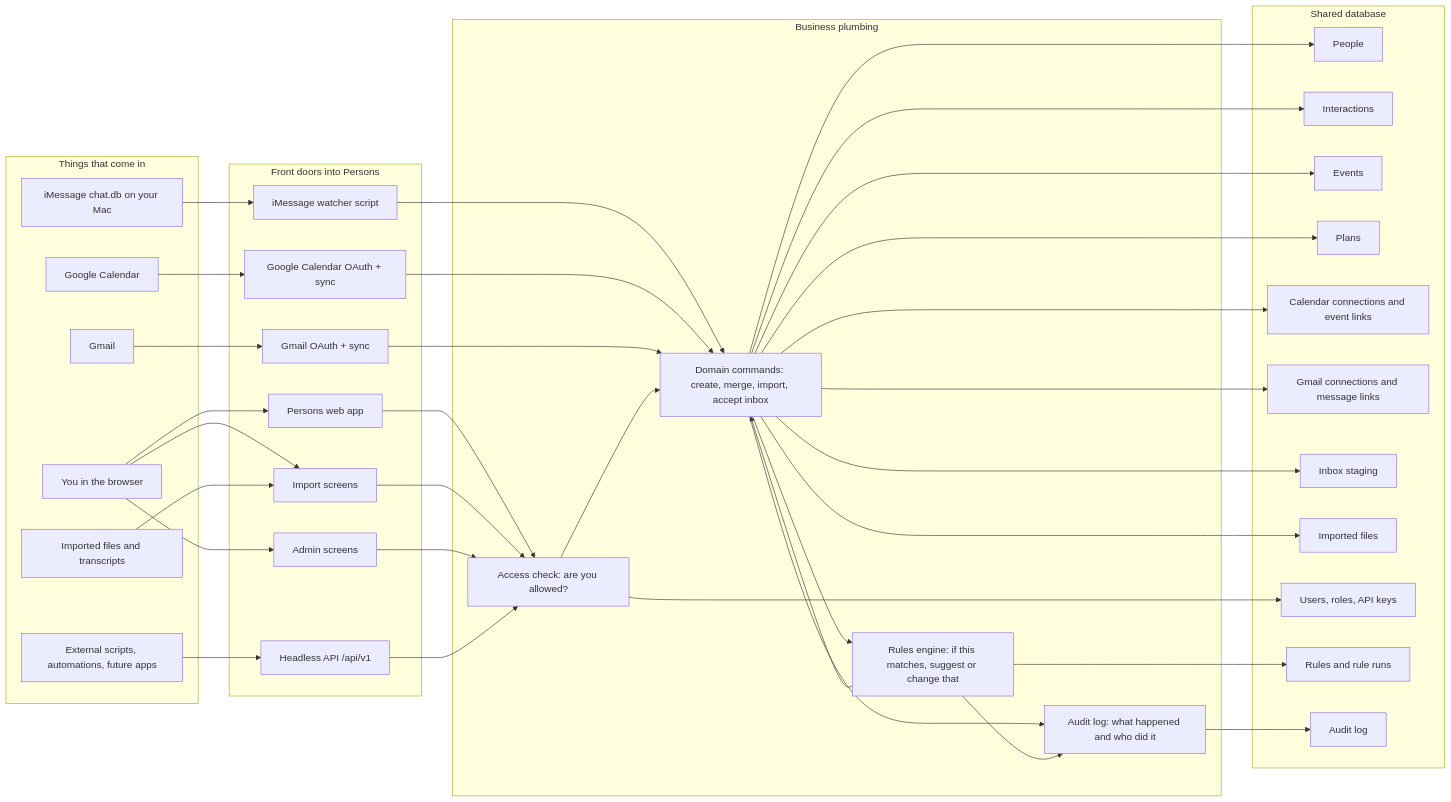
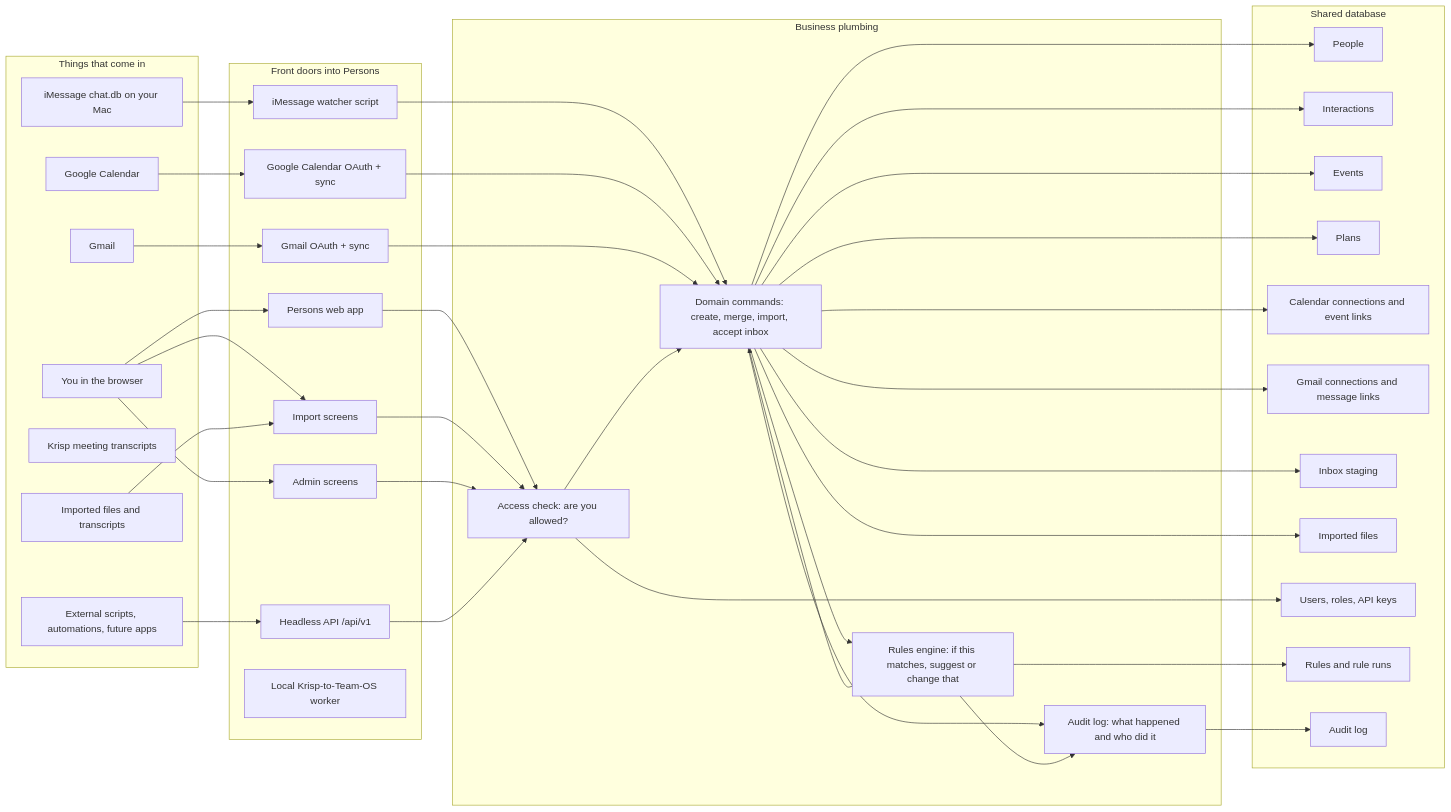
One commit to josephdfryer/life-os changed the first of 19 diagrams in docs/PERSONS_ARCHITECTURE.md. Above: the diagram before and after it, drawn with Mermaid. The commit also changed other lines of this file and 32 other files, not shown here.

````diff
--- a/docs/PERSONS_ARCHITECTURE.md
+++ b/docs/PERSONS_ARCHITECTURE.md
@@ -16,77 +16,79 @@
 ```mermaid
 flowchart LR
   subgraph Inputs["Things that come in"]
     Human["You in the browser"]
     IMessages["iMessage chat.db on your Mac"]
     GoogleCalendar["Google Calendar"]
     Gmail["Gmail"]
+    Krisp["Krisp meeting transcripts"]
     Files["Imported files and transcripts"]
     ExternalTools["External scripts, automations, future apps"]
   end
 
   subgraph FrontDoors["Front doors into Persons"]
     UI["Persons web app"]
     ImportUI["Import screens"]
     AdminUI["Admin screens"]
     PublicAPI["Headless API /api/v1"]
     Watcher["iMessage watcher script"]
     CalendarOAuth["Google Calendar OAuth + sync"]
     GmailOAuth["Gmail OAuth + sync"]
+    KrispWorker["Local Krisp-to-Team-OS worker"]
   end
 
   subgraph Plumbing["Business plumbing"]
     Access["Access check: are you allowed?"]
     Commands["Domain commands: create, merge, import, accept inbox"]
     Rules["Rules engine: if this matches, suggest or change that"]
     Audit["Audit log: what happened and who did it"]
   end
 
   subgraph Memory["Shared database"]
     People["People"]
     Interactions["Interactions"]
     Events["Events"]
     Plans["Plans"]
     CalendarDB["Calendar connections and event links"]
     GmailDB["Gmail connections and message links"]
     Inbox["Inbox staging"]
     FilesDB["Imported files"]
     AccessDB["Users, roles, API keys"]
     RulesDB["Rules and rule runs"]
     AuditDB["Audit log"]
   end
 
   Human --> UI
   Human --> ImportUI
   Human --> AdminUI
   IMessages --> Watcher
   GoogleCalendar --> CalendarOAuth
   Gmail --> GmailOAuth
   Files --> ImportUI
   ExternalTools --> PublicAPI
 
   UI --> Access
   ImportUI --> Access
   AdminUI --> Access
   PublicAPI --> Access
   Watcher --> Commands
   CalendarOAuth --> Commands
   GmailOAuth --> Commands
 
   Access --> Commands
   Commands --> Rules
   Rules --> Commands
   Commands --> Audit
   Rules --> Audit
 
   Commands --> People
   Commands --> Interactions
   Commands --> Events
   Commands --> Plans
   Commands --> CalendarDB
   Commands --> GmailDB
   Commands --> Inbox
   Commands --> FilesDB
   Access --> AccessDB
   Rules --> RulesDB
   Audit --> AuditDB
 ```
````
